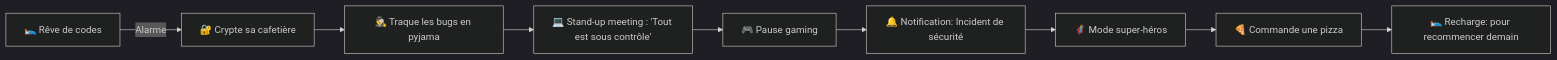
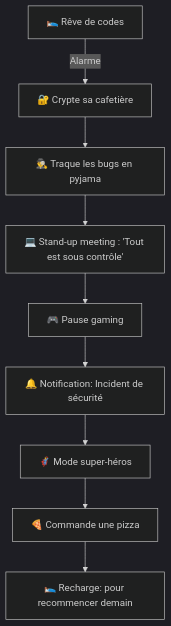
One commit to AC2002FR/AC2002FR changed the diagram in README.md. Above: the diagram before and after it, drawn with Mermaid (dark theme).

````diff
--- a/README.md
+++ b/README.md
@@ -8,11 +8,11 @@
 ```mermaid
-graph LR;
+graph TD;
     A[🛌 Rêve de codes] -->|Alarme| B[🔐 Crypte sa cafetière];
     B --> C[🕵️‍♂️ Traque les bugs en pyjama];
     C --> D[💻 Stand-up meeting : 'Tout est sous contrôle'];
     D --> E[🎮 Pause gaming];
     E --> F[🔔 Notification: Incident de sécurité];
     F --> G[🦸‍♂️ Mode super-héros];
     G --> H[🍕 Commande une pizza];
     H --> I[🛌 Recharge: pour recommencer demain];
 ```
````
